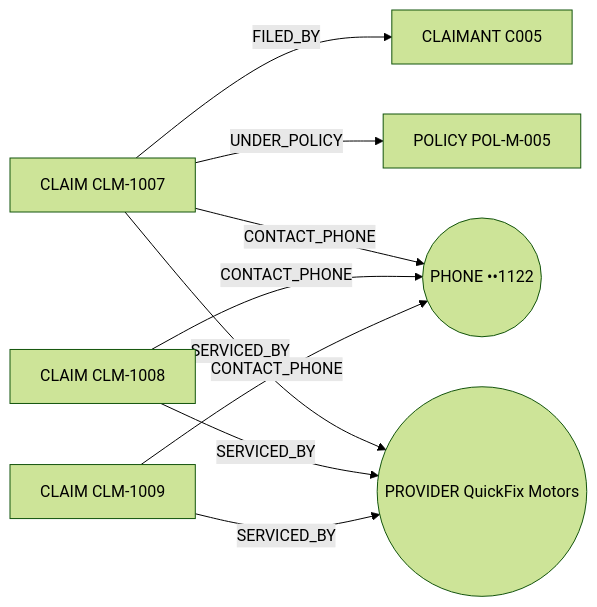
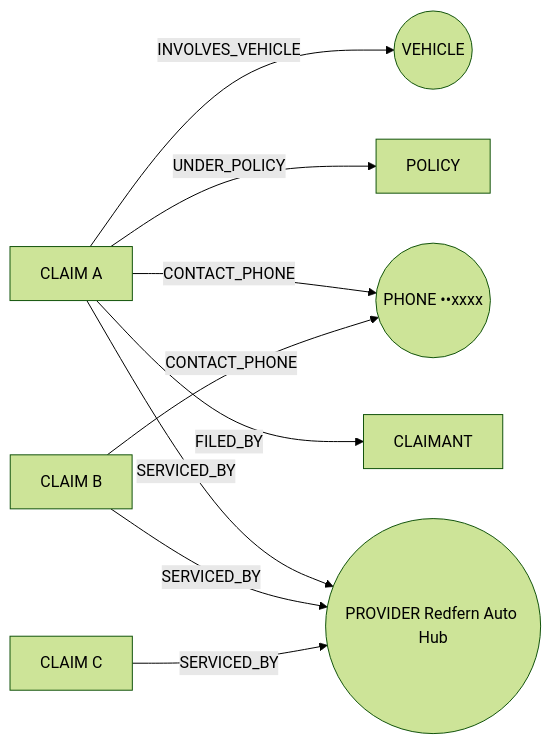
The diagram in docs/03-data-and-graph-schema.md (apoorvassudani/claimsense), drawn with Mermaid (forest theme) before and after one commit. The commit also changed other lines of this file and 271 other files, not shown here.

````diff
--- a/docs/03-data-and-graph-schema.md
+++ b/docs/03-data-and-graph-schema.md
@@ -22,11 +22,11 @@
 ```mermaid
 graph LR
-  C1[CLAIM CLM-1007] -- FILED_BY --> P1[CLAIMANT C005]
-  C1 -- UNDER_POLICY --> PO[POLICY POL-M-005]
-  C1 -- CONTACT_PHONE --> PH((PHONE ••1122))
-  C1 -- SERVICED_BY --> G((PROVIDER QuickFix Motors))
-  C2[CLAIM CLM-1008] -- CONTACT_PHONE --> PH
+  C1[CLAIM A] -- FILED_BY --> P1[CLAIMANT]
+  C1 -- UNDER_POLICY --> PO[POLICY]
+  C1 -- CONTACT_PHONE --> PH((PHONE ••xxxx))
+  C1 -- SERVICED_BY --> G((PROVIDER Redfern Auto Hub))
+  C2[CLAIM B] -- CONTACT_PHONE --> PH
   C2 -- SERVICED_BY --> G
-  C3[CLAIM CLM-1009] -- CONTACT_PHONE --> PH
-  C3 -- SERVICED_BY --> G
+  C3[CLAIM C] -- SERVICED_BY --> G
+  C1 -- INVOLVES_VEHICLE --> V((VEHICLE))
 ```
````
